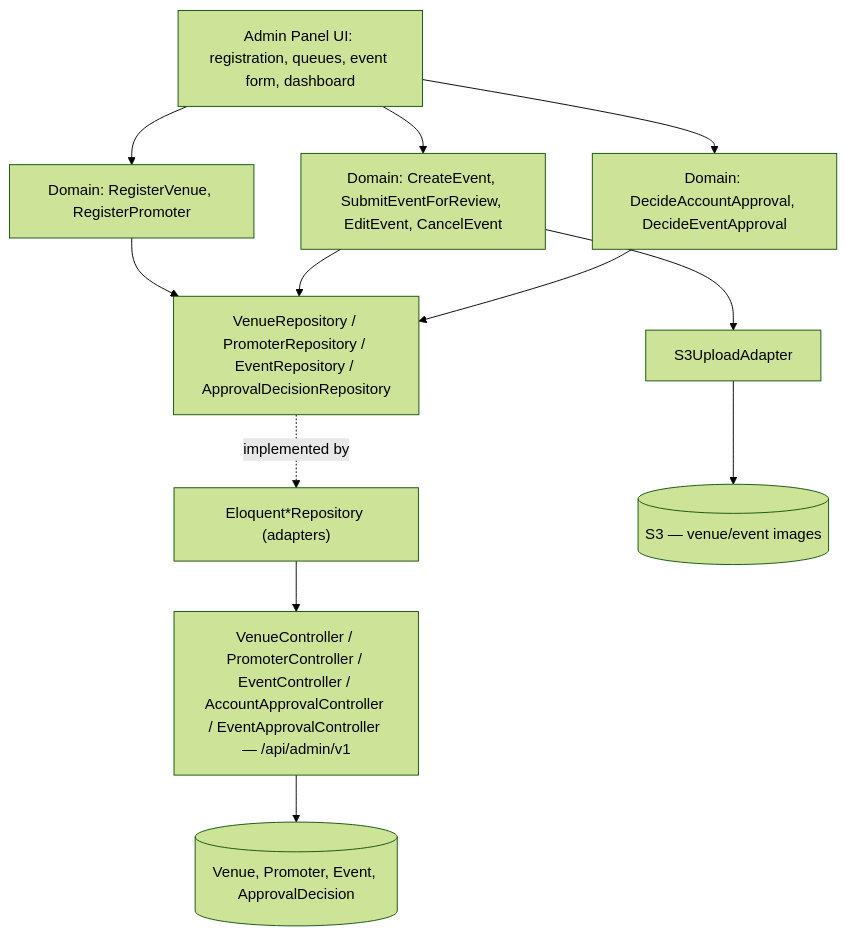
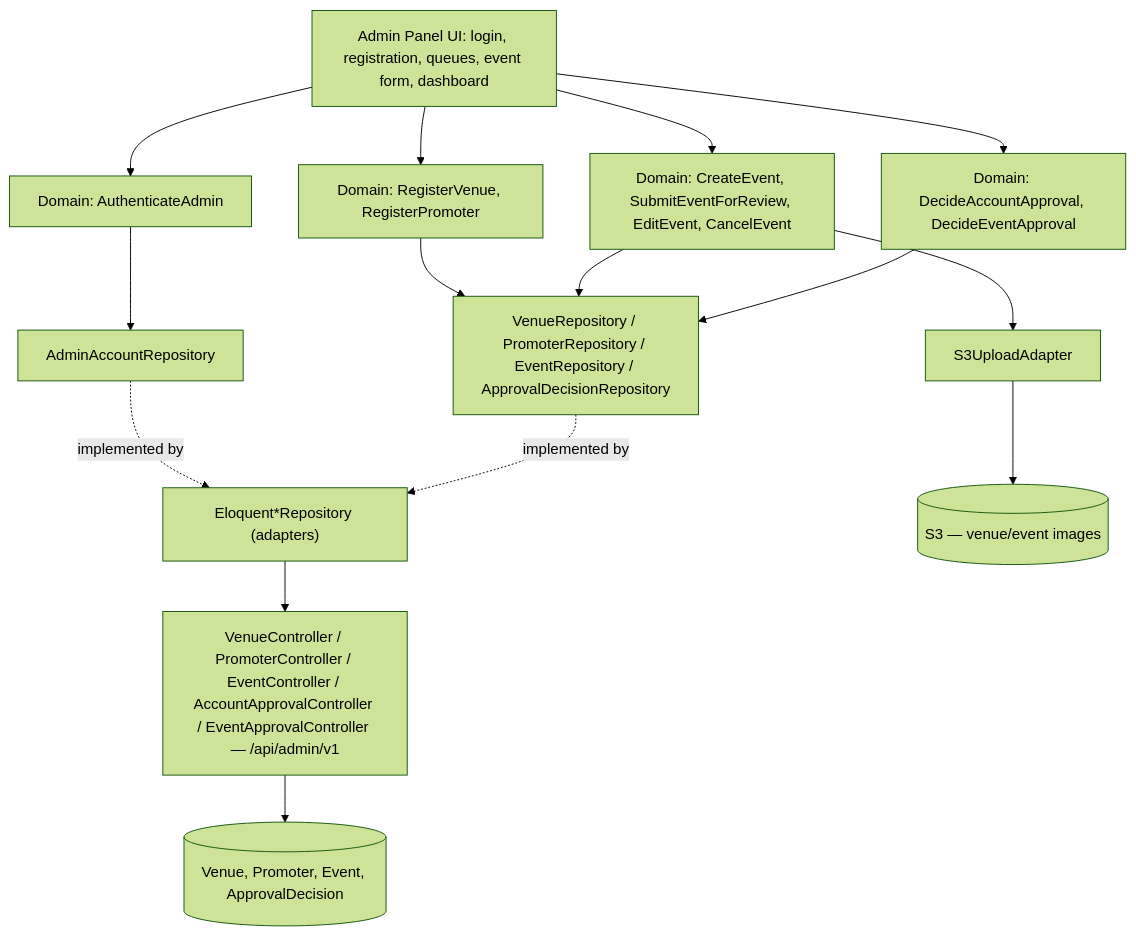
One commit to derlandyb/QOR changed the diagram in .specs/features/venue-promoter-admin/design.md. Above: the diagram before and after it, drawn with Mermaid (forest theme). The commit also changed other lines of this file and 3 other files, not shown here.

First line of the commit message:
docs(venue-promoter-admin): close admin-login spec/design and add ADMIN-28-30 tasks

````diff
--- a/.specs/features/venue-promoter-admin/design.md
+++ b/.specs/features/venue-promoter-admin/design.md
@@ -13,25 +13,29 @@
 ```mermaid
 graph TD
-    AdminUI["Admin Panel UI: registration, queues, event form, dashboard"]
+    AdminUI["Admin Panel UI: login, registration, queues, event form, dashboard"]
+    AuthUseCase["Domain: AuthenticateAdmin"]
     RegUseCases["Domain: RegisterVenue, RegisterPromoter"]
     EventUseCases["Domain: CreateEvent, SubmitEventForReview, EditEvent, CancelEvent"]
     ApprovalUseCases["Domain: DecideAccountApproval, DecideEventApproval"]
     VenueRepo["VenueRepository / PromoterRepository / EventRepository / ApprovalDecisionRepository"]
     EloquentRepos["Eloquent*Repository (adapters)"]
     S3Adapter["S3UploadAdapter"]
     Controllers["VenueController / PromoterController / EventController / AccountApprovalController / EventApprovalController — /api/admin/v1"]
     DB[("Venue, Promoter, Event, ApprovalDecision")]
     S3[("S3 — venue/event images")]
 
+    AdminUI --> AuthUseCase
     AdminUI --> RegUseCases
     AdminUI --> EventUseCases
     AdminUI --> ApprovalUseCases
+    AuthUseCase --> AdminRepo["AdminAccountRepository"]
+    AdminRepo -.implemented by.-> EloquentRepos
     RegUseCases --> VenueRepo
     EventUseCases --> VenueRepo
     ApprovalUseCases --> VenueRepo
     VenueRepo -.implemented by.-> EloquentRepos
     EventUseCases --> S3Adapter
     EloquentRepos --> Controllers
     S3Adapter --> S3
     Controllers --> DB
 ```
````
